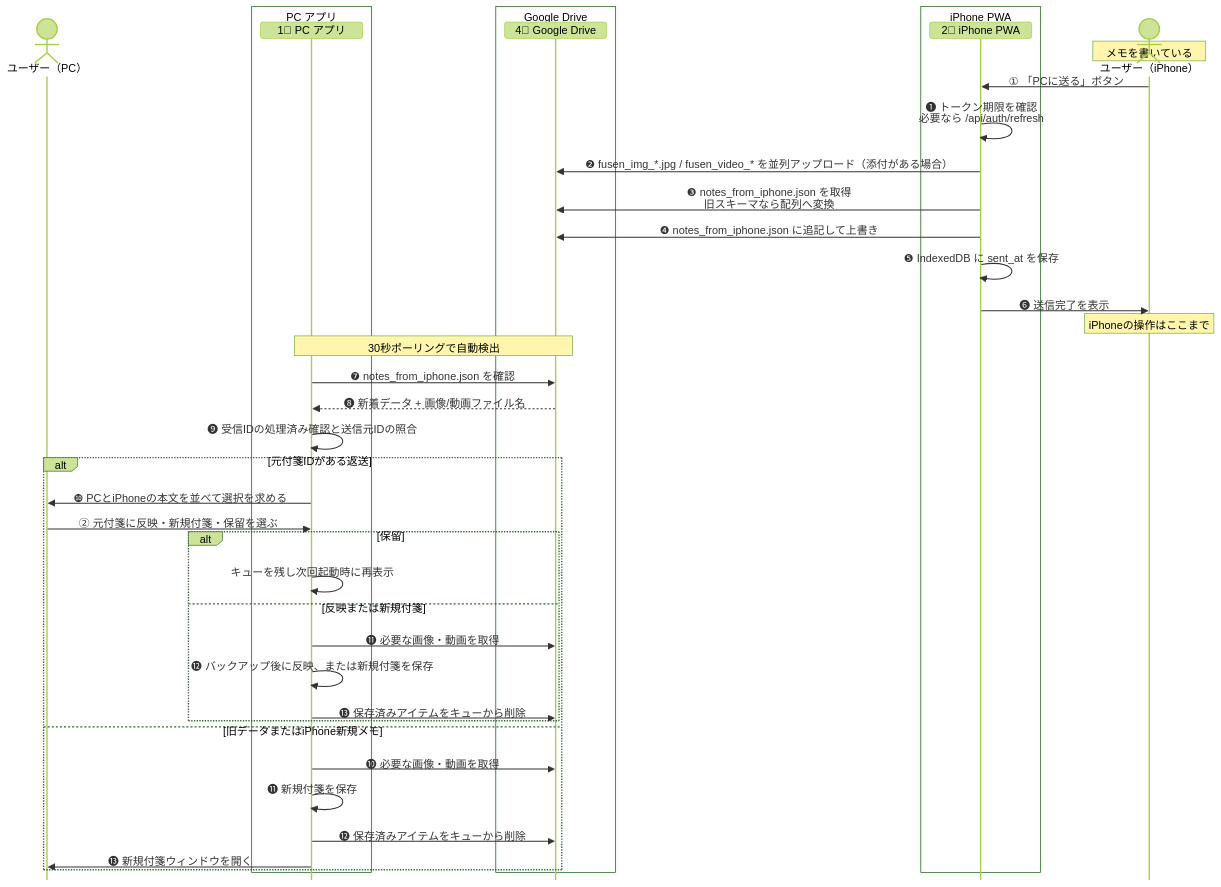
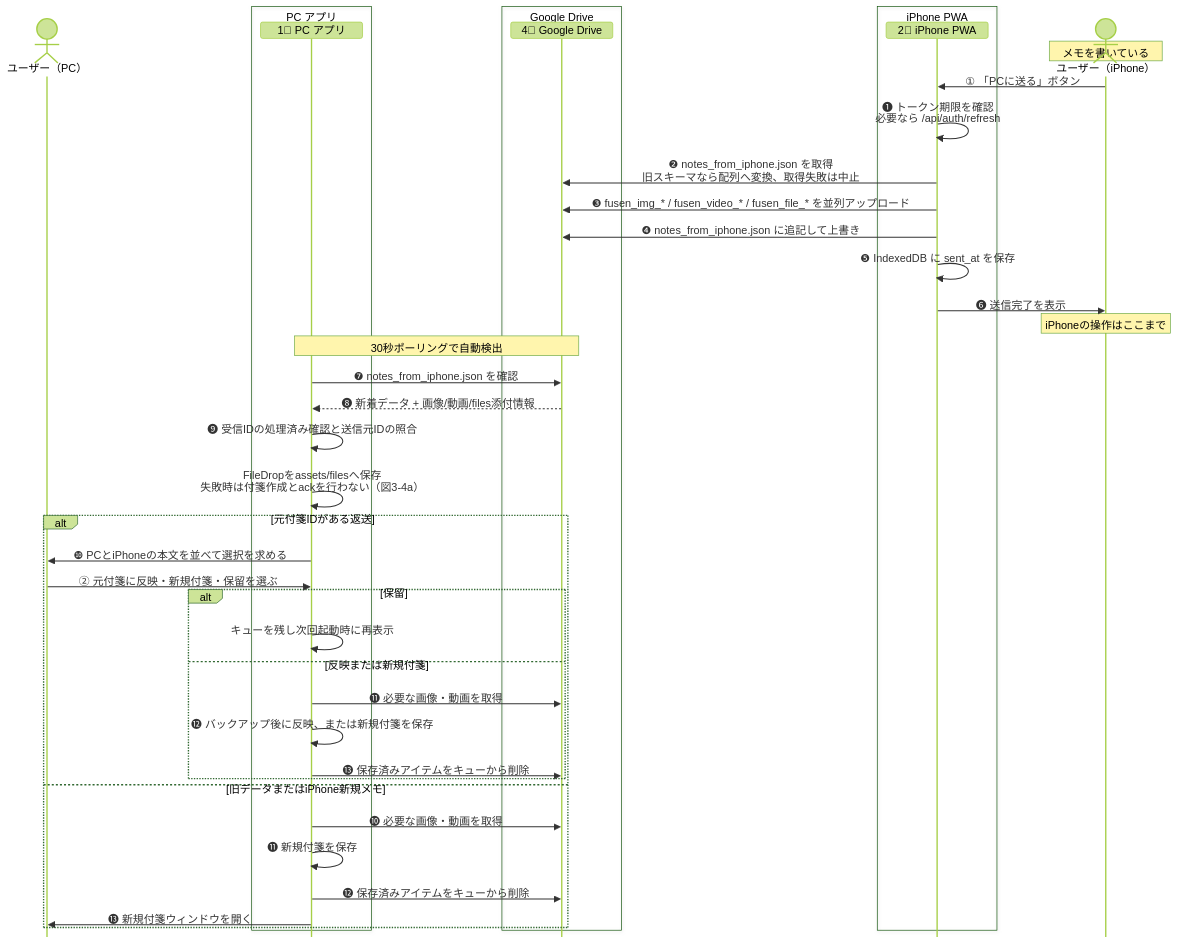
Before and after one commit to ore-no-fusen/ore-no-fusen: the seventh of 10 diagrams in docs-v2/003_IPHONE.md, drawn with Mermaid (forest theme). The commit also changed other lines of this file and 24 other files, not shown here.

````diff
--- a/docs-v2/003_IPHONE.md
+++ b/docs-v2/003_IPHONE.md
@@ -1042,46 +1043,47 @@
 ```mermaid
 %%{init: {'sequence': {'messageMargin': 8, 'mirrorActors': false, 'height': 24, 'boxMargin': 4, 'noteMargin': 6}}}%%
 sequenceDiagram
     actor UserPC as ユーザー（PC）
     box PC アプリ
         participant PC as 1⃣ PC アプリ
     end
     box Google Drive
         participant Drive as 4⃣ Google Drive
     end
     box iPhone PWA
         participant PWA as 2⃣ iPhone PWA
     end
     actor UserPhone as ユーザー（iPhone）
 
     Note over UserPhone: メモを書いている
     UserPhone->>PWA: ① 「PCに送る」ボタン
     PWA->>PWA: ❶ トークン期限を確認<br>必要なら /api/auth/refresh
-    PWA->>Drive: ❷ fusen_img_*.jpg / fusen_video_* を並列アップロード（添付がある場合）
-    PWA->>Drive: ❸ notes_from_iphone.json を取得<br>旧スキーマなら配列へ変換
+    PWA->>Drive: ❷ notes_from_iphone.json を取得<br>旧スキーマなら配列へ変換、取得失敗は中止
+    PWA->>Drive: ❸ fusen_img_* / fusen_video_* / fusen_file_* を並列アップロード
     PWA->>Drive: ❹ notes_from_iphone.json に追記して上書き
     PWA->>PWA: ❺ IndexedDB に sent_at を保存
     PWA->>UserPhone: ❻ 送信完了を表示
     Note over UserPhone: iPhoneの操作はここまで
 
     Note over Drive,PC: 30秒ポーリングで自動検出
     PC->>Drive: ❼ notes_from_iphone.json を確認
-    Drive-->>PC: ❽ 新着データ + 画像/動画ファイル名
+    Drive-->>PC: ❽ 新着データ + 画像/動画/files添付情報
     PC->>PC: ❾ 受信IDの処理済み確認と送信元IDの照合
+    PC->>PC: FileDropをassets/filesへ保存<br>失敗時は付箋作成とackを行わない（図3-4a）
     alt 元付箋IDがある返送
         PC->>UserPC: ❿ PCとiPhoneの本文を並べて選択を求める
         UserPC->>PC: ② 元付箋に反映・新規付箋・保留を選ぶ
         alt 保留
             PC->>PC: キューを残し次回起動時に再表示
         else 反映または新規付箋
             PC->>Drive: ⓫ 必要な画像・動画を取得
             PC->>PC: ⓬ バックアップ後に反映、または新規付箋を保存
             PC->>Drive: ⓭ 保存済みアイテムをキューから削除
         end
     else 旧データまたはiPhone新規メモ
         PC->>Drive: ❿ 必要な画像・動画を取得
         PC->>PC: ⓫ 新規付箋を保存
         PC->>Drive: ⓬ 保存済みアイテムをキューから削除
         PC->>UserPC: ⓭ 新規付箋ウィンドウを開く
     end
 ```
````
